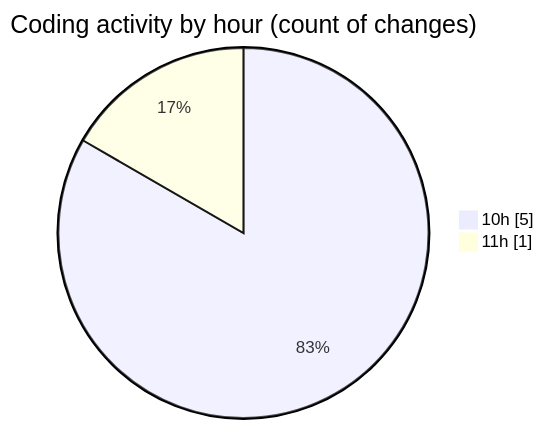
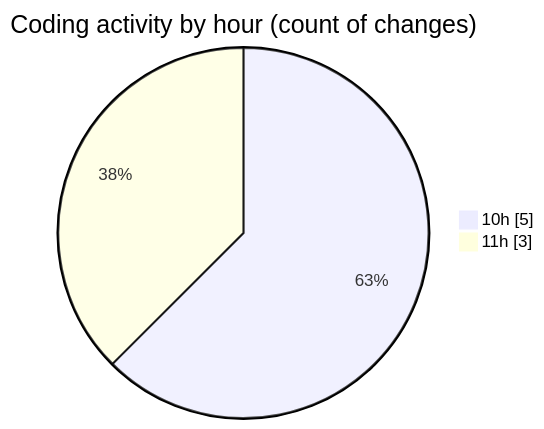
The second of 2 diagrams in 2025-03-26/elitesun/README.md (Elitesun/code-tracking), drawn with Mermaid before and after one commit. The commit also changed other lines of this file and 1 other file, not shown here.

````diff
--- a/2025-03-26/elitesun/README.md
+++ b/2025-03-26/elitesun/README.md
@@ -28,6 +28,6 @@
 ```mermaid
 pie showData
 title Coding activity by hour (count of changes)
 "10h" : 5
-"11h" : 1
+"11h" : 3
 ```
````
